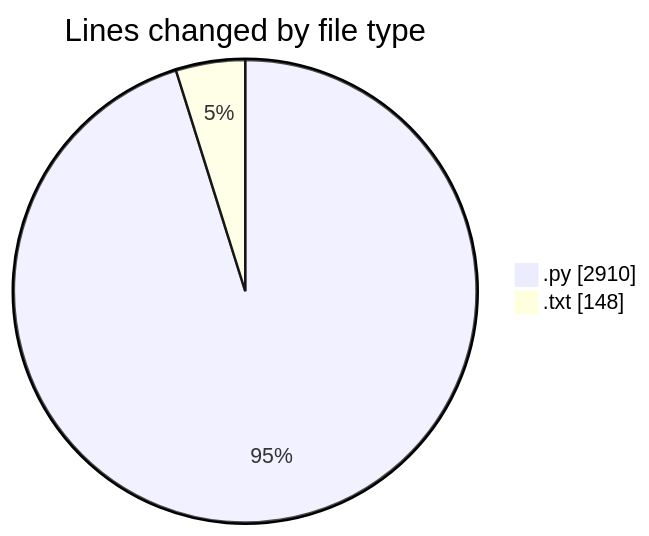
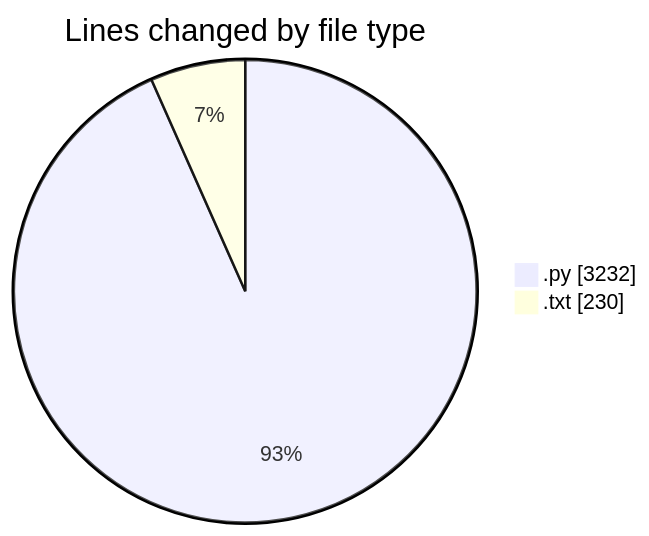
Before and after one commit to Ritupan-Deka/code-tracking: the first of 2 diagrams in 2025-05-26/zip_file/README.md, drawn with Mermaid. The commit also changed other lines of this file and 1 other file, not shown here.

````diff
--- a/2025-05-26/zip_file/README.md
+++ b/2025-05-26/zip_file/README.md
@@ -29,6 +31,6 @@
 ```mermaid
 pie showData
 title Lines changed by file type
-".py" : 2910
-".txt" : 148
+".py" : 3232
+".txt" : 230
 ```
````
